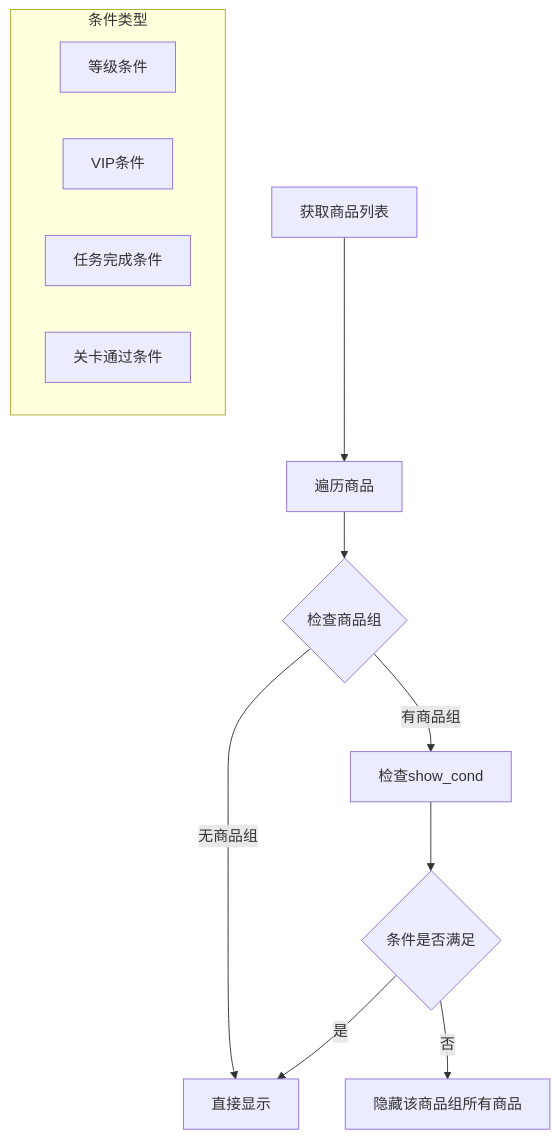
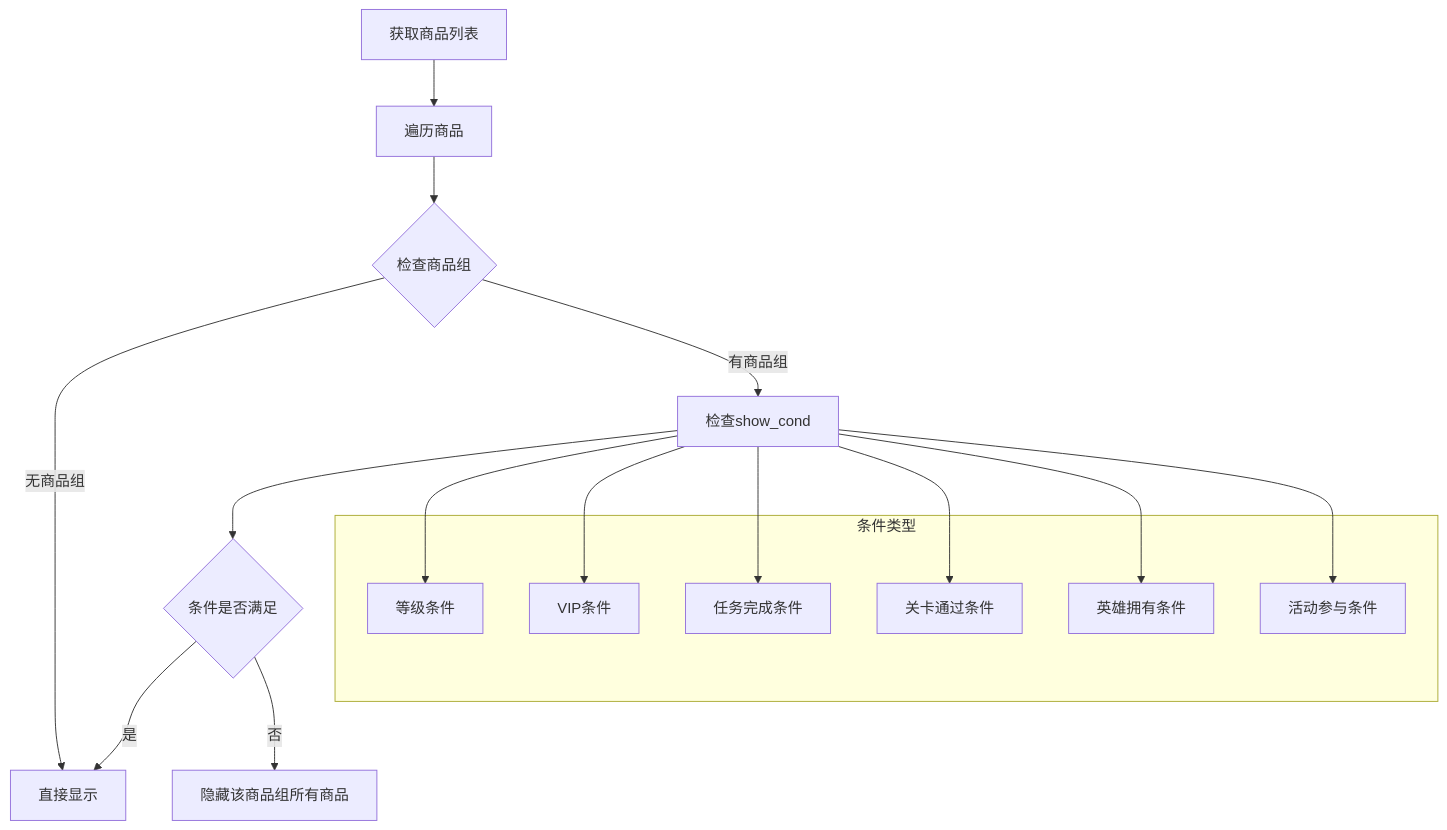
One commit to Alan-Ben/k2c_game_framework changed the fifth of 9 diagrams in docs/Module_Shop/01_数据配表.md. Above: the diagram before and after it, drawn with Mermaid. The commit also changed other lines of this file and 4 other files, not shown here.

````diff
--- a/docs/Module_Shop/01_数据配表.md
+++ b/docs/Module_Shop/01_数据配表.md
@@ -424,17 +529,26 @@
 ```mermaid
 flowchart TD
     A[获取商品列表] --> B[遍历商品]
     B --> C{检查商品组}
     C -->|无商品组| D[直接显示]
     C -->|有商品组| E[检查show_cond]
     E --> F{条件是否满足}
     F -->|是| D
     F -->|否| G[隐藏该商品组所有商品]
 
     subgraph 条件类型
         H[等级条件]
         I[VIP条件]
         J[任务完成条件]
         K[关卡通过条件]
+        L[英雄拥有条件]
+        M[活动参与条件]
     end
+
+    E --> H
+    E --> I
+    E --> J
+    E --> K
+    E --> L
+    E --> M
 ```
````
